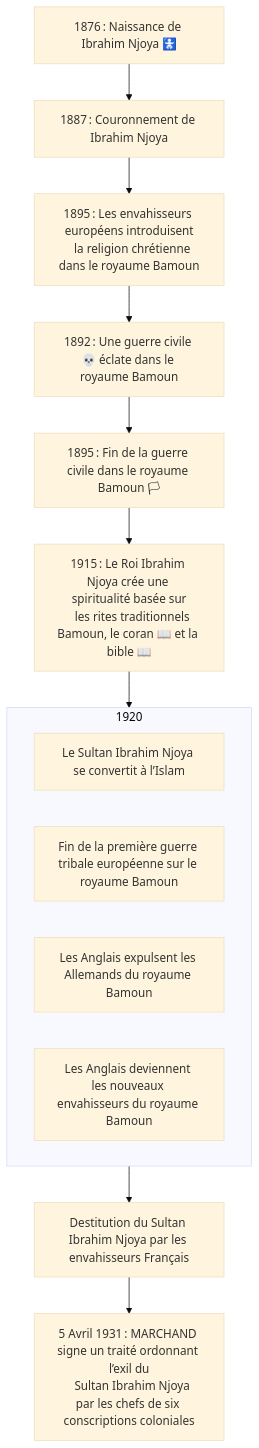
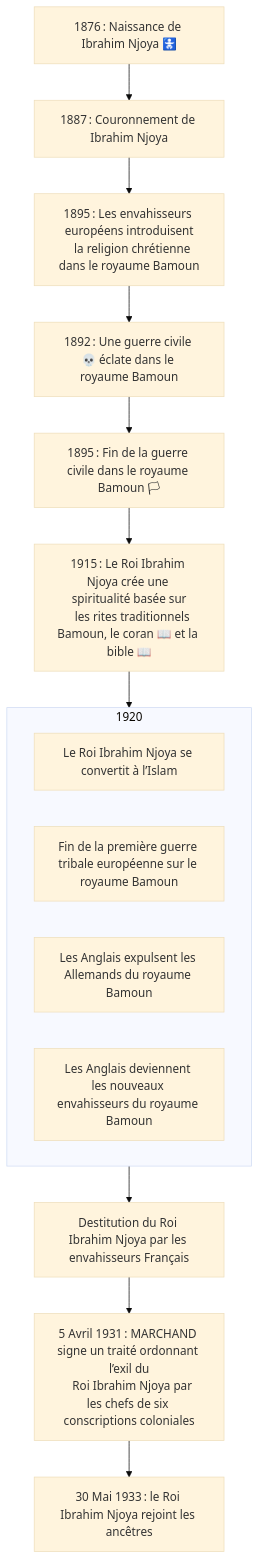
One commit to ba-moun/Ba-Moun-Save changed the diagram in en-cours/personnalite/homme/noble/souverain/roi/afrique/centre/bamoun/ibrahim-njoya.md. Above: the diagram before and after it, drawn with Mermaid (base theme). The commit also changed other lines of this file, not shown here.

Commit message:
docs: update en-cours/personnalite/homme/noble/souverain/roi/afrique/centre/bamoun/ibrahim-njoya

````diff
--- a/en-cours/personnalite/homme/noble/souverain/roi/afrique/centre/bamoun/ibrahim-njoya.md
+++ b/en-cours/personnalite/homme/noble/souverain/roi/afrique/centre/bamoun/ibrahim-njoya.md
@@ -27,33 +27,35 @@
 ```mermaid
 flowchart TB
 
    birth["1876 : Naissance de Ibrahim Njoya 🚼"]
    
    coronation["1887 : Couronnement de Ibrahim Njoya"]
 
    christianity["1895 : Les envahisseurs européens introduisent
    la religion chrétienne dans le royaume Bamoun"]
 
     civilWarBegining["1892 : Une guerre civile 💀 éclate dans le royaume Bamoun"]
     civilWarEnd["1895 : Fin de la guerre civile dans le royaume Bamoun 🏳"]
 
    spirituality["1915 : Le Roi Ibrahim Njoya crée une spiritualité basée sur
    les rites traditionnels Bamoun, le coran 📖 et la bible 📖"]
 
    subgraph 1920
 
-     conversion["Le Sultan Ibrahim Njoya se convertit à l’Islam"]
+     conversion["Le Roi Ibrahim Njoya se convertit à l’Islam"]
      firstEuTribalWarEnd["Fin de la première guerre tribale européenne sur le royaume Bamoun"]
      dutchEviction["Les Anglais expulsent les Allemands du royaume Bamoun"]
      englishInvasion["Les Anglais deviennent les nouveaux envahisseurs du royaume Bamoun"]
 
         end
         
-   careOrder["Destitution du Sultan Ibrahim Njoya par les envahisseurs Français"]
+   careOrder["Destitution du Roi Ibrahim Njoya par les envahisseurs Français"]
         
    treaty["5 Avril 1931 : MARCHAND signe un traité ordonnant l’exil du
-   Sultan Ibrahim Njoya par les chefs de six conscriptions coloniales"]
+   Roi Ibrahim Njoya par les chefs de six conscriptions coloniales"]
    
-   birth --> coronation --> christianity --> civilWarBegining --> civilWarEnd --> spirituality --> 1920 --> careOrder --> treaty
+   death["30 Mai 1933 : le Roi Ibrahim Njoya rejoint les ancêtres"]
+   
+   birth --> coronation --> christianity --> civilWarBegining --> civilWarEnd --> spirituality --> 1920 --> careOrder --> treaty --> death
    
 ```
````
